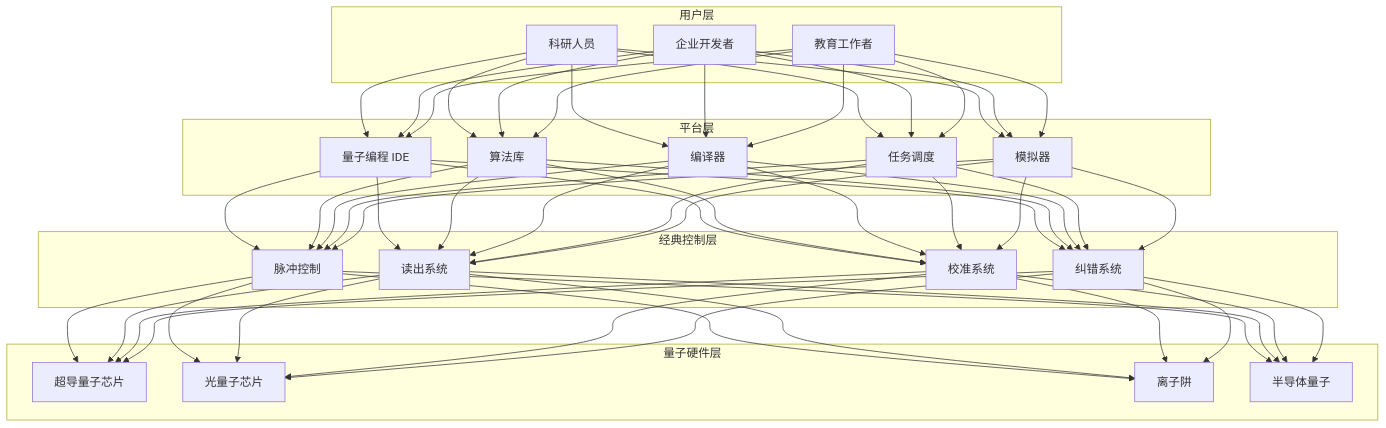
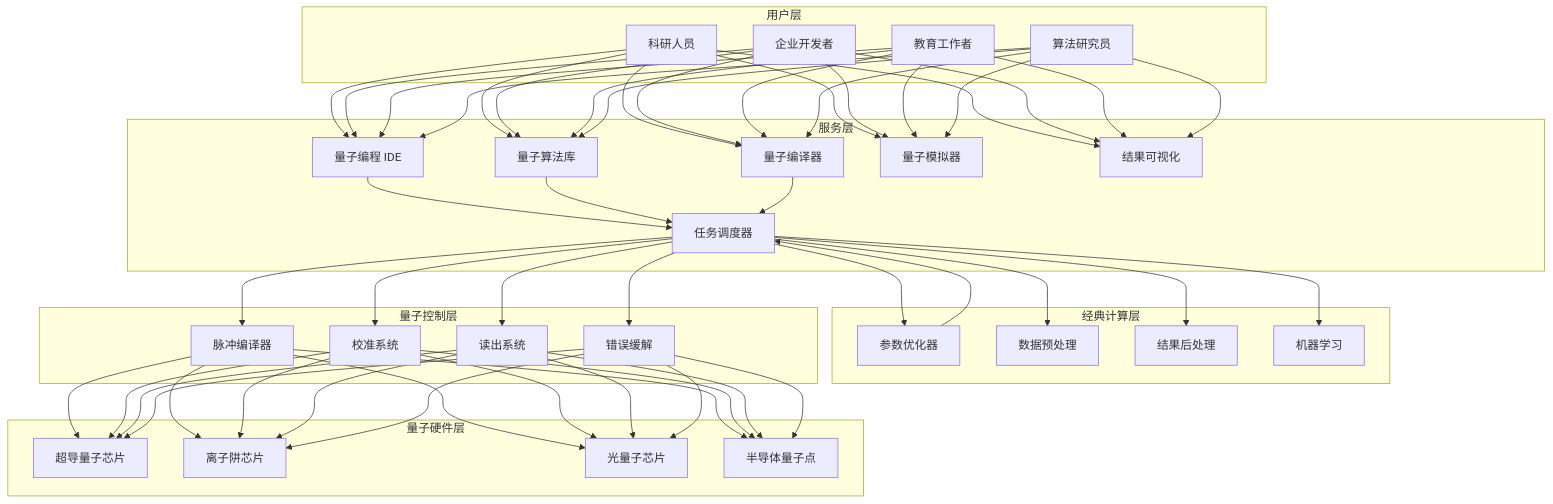
Before and after one commit to kudig-io/kudig-database: the first of 3 diagrams in topic-application-architecture/68-quantum-computing-cloud.md, drawn with Mermaid. The commit also changed other lines of this file and 8633 other files, not shown here.

````diff
--- a/topic-application-architecture/68-quantum-computing-cloud.md
+++ b/topic-application-architecture/68-quantum-computing-cloud.md
@@ -49,34 +119,46 @@
 ```mermaid
 graph TB
     subgraph 用户层
         U1[科研人员]
         U2[企业开发者]
         U3[教育工作者]
+        U4[算法研究员]
     end
 
-    subgraph 平台层
-        P1[量子编程 IDE]
-        P2[算法库]
-        P3[编译器]
-        P4[任务调度]
-        P5[模拟器]
+    subgraph 服务层
+        S1[量子编程 IDE]
+        S2[量子算法库]
+        S3[量子编译器]
+        S4[任务调度器]
+        S5[量子模拟器]
+        S6[结果可视化]
+    end
+
+    subgraph 经典计算层
+        C1[参数优化器]
+        C2[数据预处理]
+        C3[结果后处理]
+        C4[机器学习]
+    end
+
+    subgraph 量子控制层
+        Q1[脉冲编译器]
+        Q2[校准系统]
+        Q3[读出系统]
+        Q4[错误缓解]
     end
 
     subgraph 量子硬件层
-        Q1[超导量子芯片]
-        Q2[光量子芯片]
-        Q3[离子阱]
-        Q4[半导体量子]
+        H1[超导量子芯片]
+        H2[离子阱芯片]
+        H3[光量子芯片]
+        H4[半导体量子点]
     end
 
-    subgraph 经典控制层
-        C1[脉冲控制]
-        C2[读出系统]
-        C3[校准系统]
-        C4[纠错系统]
-    end
-
-    U1 & U2 & U3 --> P1 & P2 & P3 & P4 & P5
-    P1 & P2 & P3 & P4 & P5 --> C1 & C2 & C3 & C4
-    C1 & C2 & C3 & C4 --> Q1 & Q2 & Q3 & Q4
+    U1 & U2 & U3 & U4 --> S1 & S2 & S3 & S5 & S6
+    S1 & S2 & S3 --> S4
+    S4 --> C1 & C2 & C3 & C4
+    S4 --> Q1 & Q2 & Q3 & Q4
+    Q1 & Q2 & Q3 & Q4 --> H1 & H2 & H3 & H4
+    C1 --> S4
 ```
````
